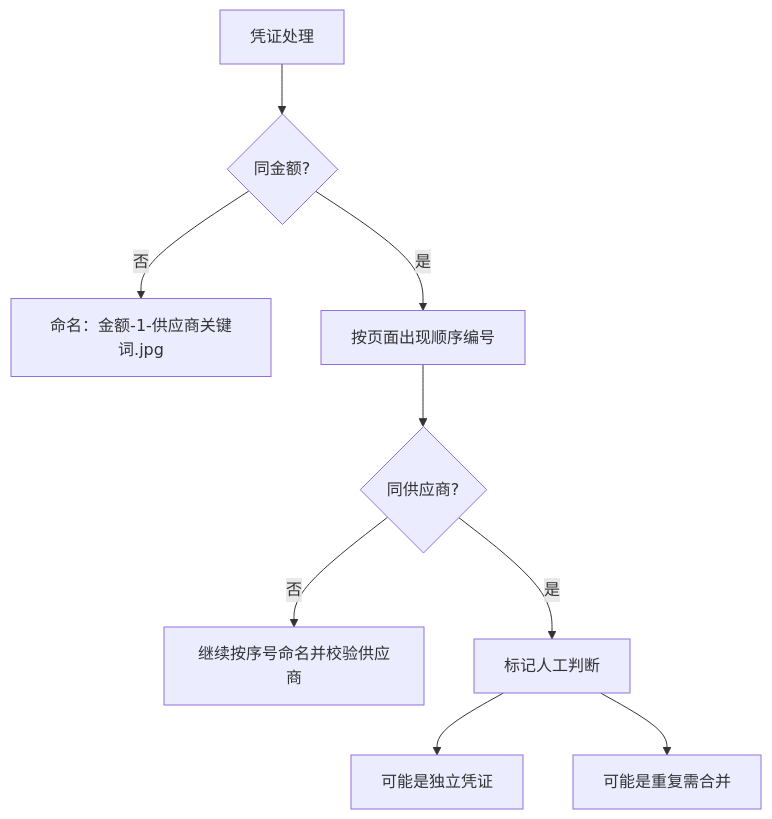
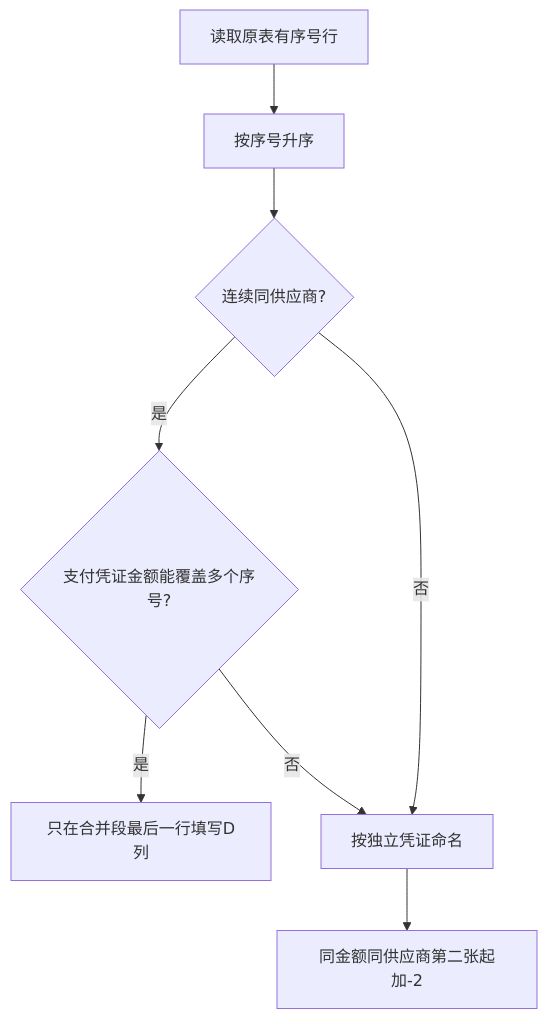
Before and after one commit to wangguo-ai/patpat: the diagram in 数据/凭证命名规则.md, drawn with Mermaid. The commit also changed other lines of this file and 73 other files, not shown here.

````diff
--- a/数据/凭证命名规则.md
+++ b/数据/凭证命名规则.md
@@ -47,11 +69,10 @@
 ```mermaid
 flowchart TD
-    A[凭证处理] --> B{同金额?}
-    B -->|否| C[命名：金额-1-供应商关键词.jpg]
-    B -->|是| D[按页面出现顺序编号]
-    D --> E{同供应商?}
-    E -->|否| F[继续按序号命名并校验供应商]
-    E -->|是| G[标记人工判断]
-    G --> H[可能是独立凭证]
-    G --> I[可能是重复需合并]
+    A[读取原表有序号行] --> B[按序号升序]
+    B --> C{连续同供应商?}
+    C -->|是| D{支付凭证金额能覆盖多个序号?}
+    D -->|是| E[只在合并段最后一行填写D列]
+    D -->|否| F[按独立凭证命名]
+    C -->|否| F
+    F --> G[同金额同供应商第二张起加-2]
 ```
````
